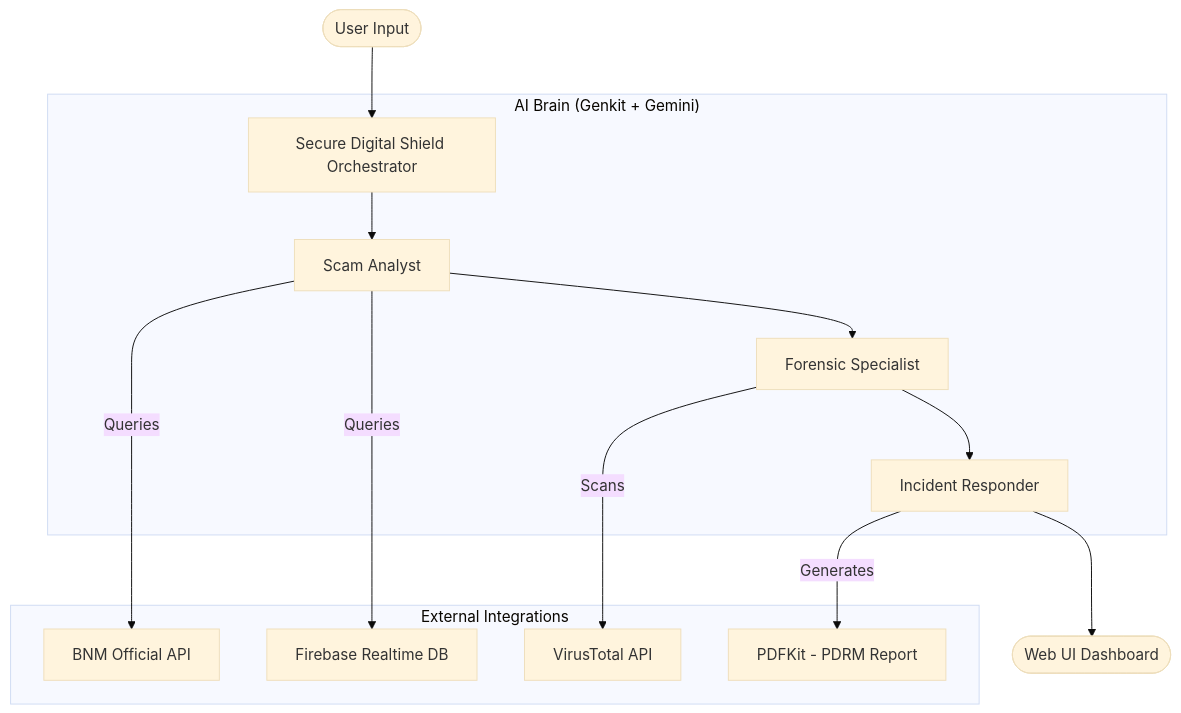
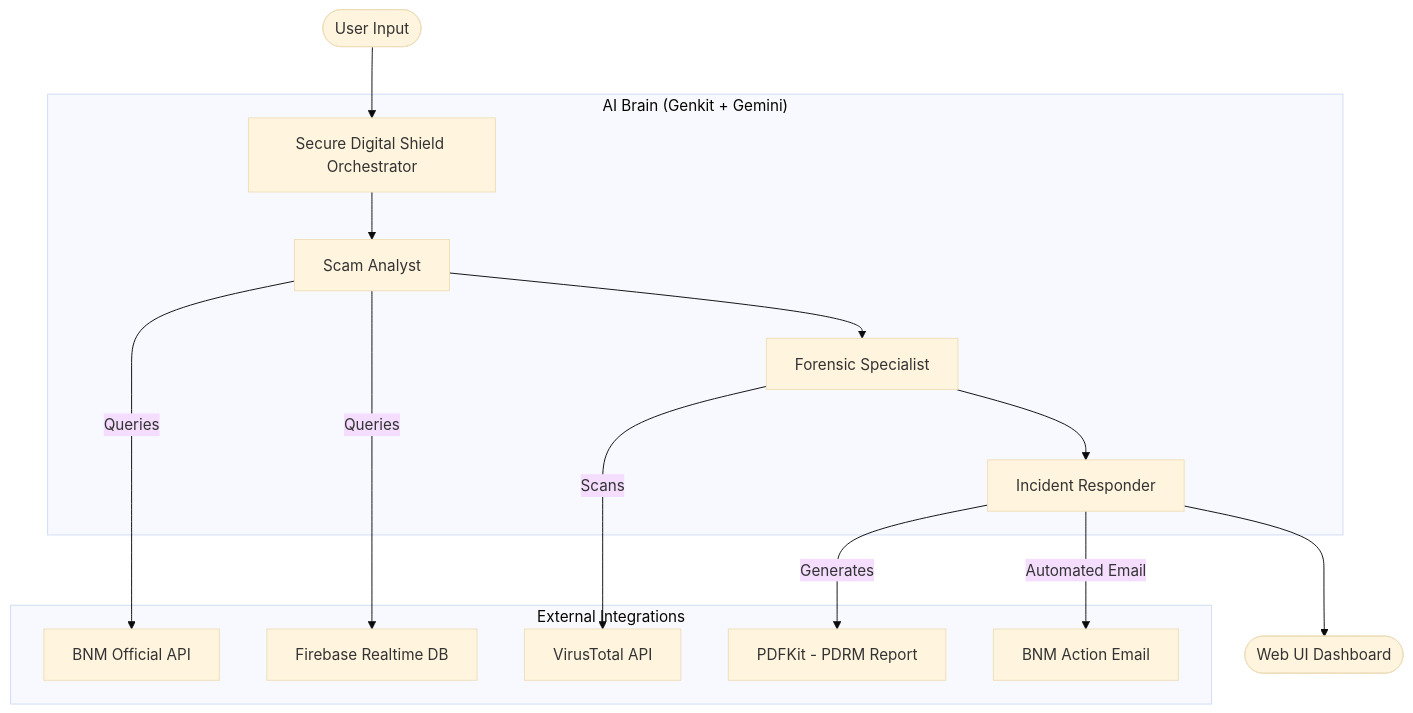
The diagram in README.md (lixinneo04/secure-digital-ai), drawn with Mermaid (base theme) before and after one commit. The commit also changed other lines of this file and 2 other files, not shown here.

Commit message:
Minor changes on responder agent with email functionality

````diff
--- a/README.md
+++ b/README.md
@@ -16,19 +16,20 @@
 ```mermaid
 graph TD
     User([User Input]) --> Orchestrator[Secure Digital Shield Orchestrator]
     
     subgraph "AI Brain (Genkit + Gemini)"
         Orchestrator --> SA[Scam Analyst]
         SA --> FS[Forensic Specialist]
         FS --> IR[Incident Responder]
     end
     
     subgraph "External Integrations"
         SA -- Queries --> BNM[BNM Official API]
         SA -- Queries --> RTDB[Firebase Realtime DB]
         FS -- Scans --> VT[VirusTotal API]
         IR -- Generates --> PDF[PDFKit - PDRM Report]
+        IR -- Automated Email --> Email[BNM Action Email]
     end
     
     IR --> Dashboard([Web UI Dashboard])
 ```
````
